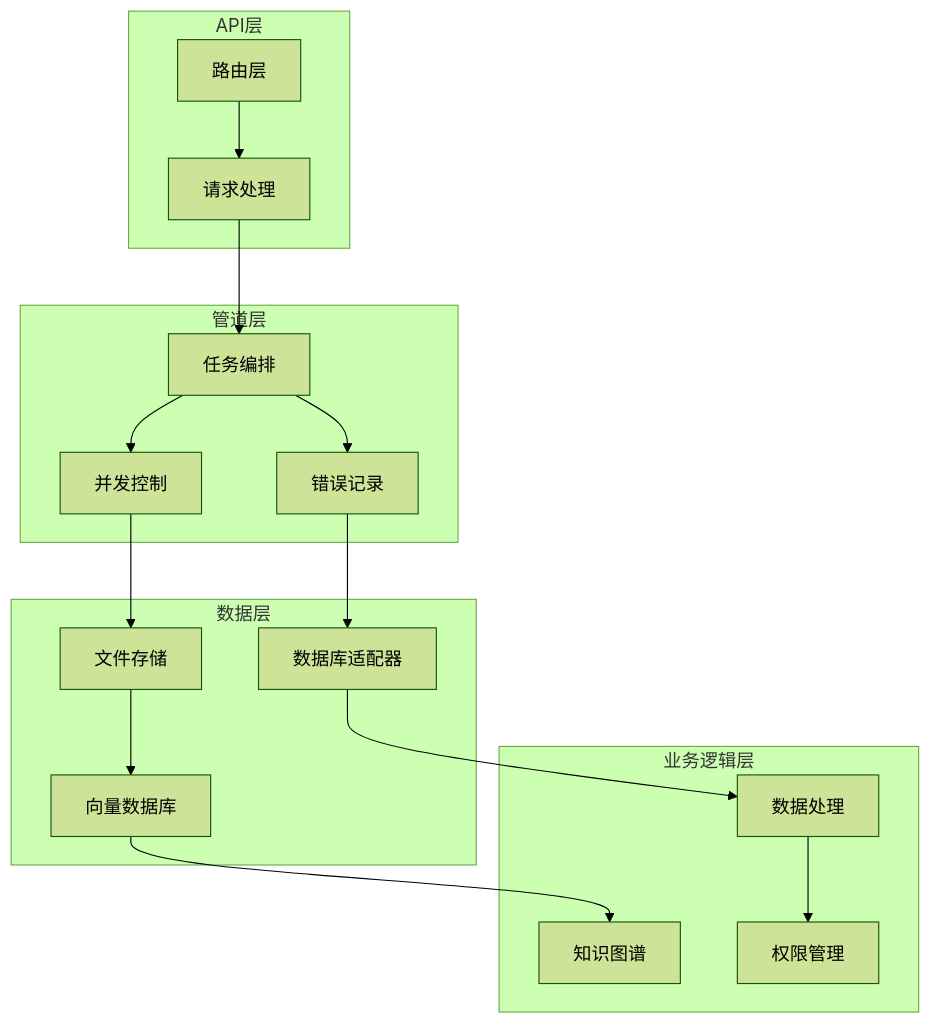
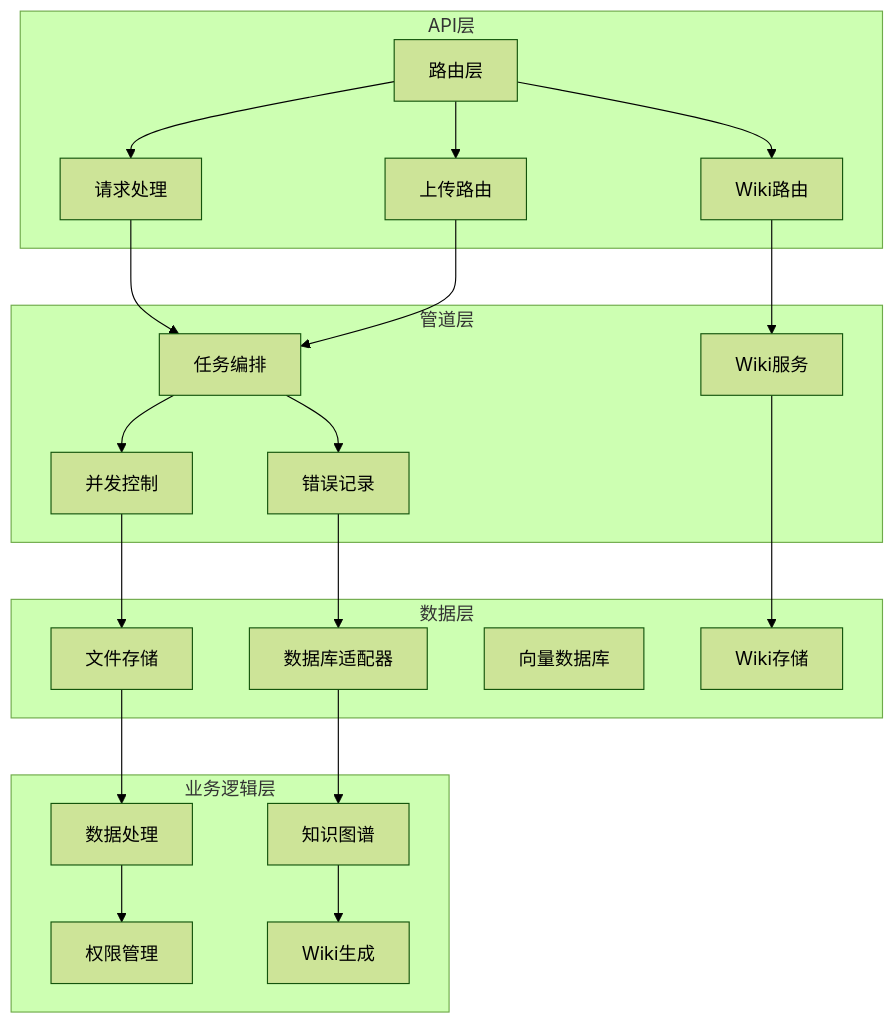
Before and after one commit to alvinwangzi/m_flow: the first of 8 diagrams in .qoder/repowiki/zh/content/开发指南/上传故障排除指南.md, drawn with Mermaid (forest theme). The commit also changed other lines of this file and 2 other files, not shown here.

````diff
--- a/.qoder/repowiki/zh/content/开发指南/上传故障排除指南.md
+++ b/.qoder/repowiki/zh/content/开发指南/上传故障排除指南.md
@@ -40,32 +50,42 @@
 ```mermaid
 graph TB
 subgraph "API层"
 A[路由层]
 B[请求处理]
+C[Wiki路由]
+D[上传路由]
 end
 subgraph "管道层"
-C[任务编排]
-D[并发控制]
-E[错误记录]
+E[任务编排]
+F[并发控制]
+G[错误记录]
+H[Wiki服务]
 end
 subgraph "数据层"
-F[文件存储]
-G[数据库适配器]
-H[向量数据库]
+I[文件存储]
+J[数据库适配器]
+K[向量数据库]
+L[Wiki存储]
 end
 subgraph "业务逻辑层"
-I[数据处理]
-J[知识图谱]
-K[权限管理]
+M[数据处理]
+N[知识图谱]
+O[权限管理]
+P[Wiki生成]
 end
 A --> B
-B --> C
-C --> D
-C --> E
-D --> F
+A --> C
+A --> D
+B --> E
+C --> H
+D --> E
+E --> F
 E --> G
-F --> H
-G --> I
-H --> J
-I --> K
+F --> I
+G --> J
+H --> L
+I --> M
+J --> N
+M --> O
+N --> P
 ```
````
